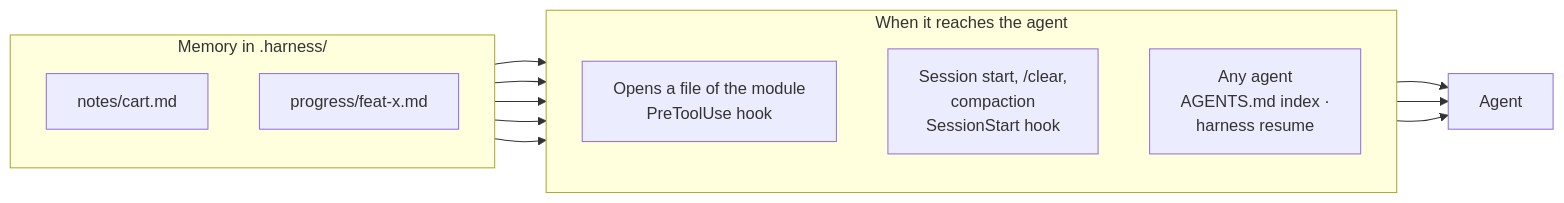
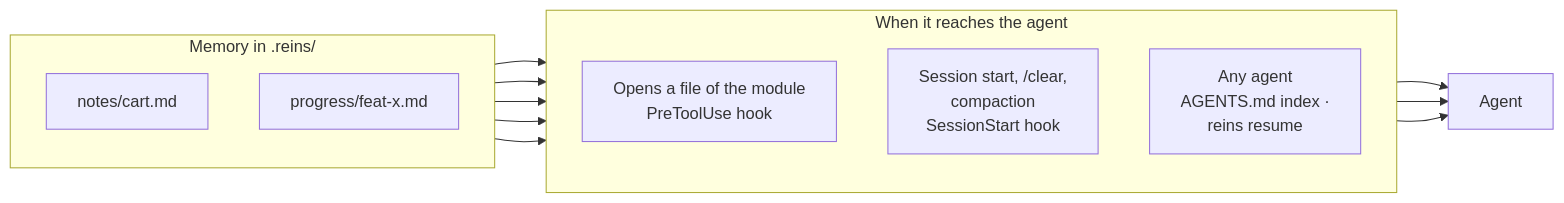
Before and after one commit to fredarcito/reins: the eighth of 15 diagrams in README.md, drawn with Mermaid. The commit also changed other lines of this file and 186 other files, not shown here.

````diff
--- a/README.md
+++ b/README.md
@@ -254,22 +254,22 @@
 ```mermaid
 flowchart LR
-    subgraph mem["Memory in .harness/"]
+    subgraph mem["Memory in .reins/"]
         direction TB
         note["notes/cart.md"]
         nb["progress/feat-x.md"]
     end
     subgraph when["When it reaches the agent"]
         direction TB
         open["Opens a file of the module<br/>PreToolUse hook"]
         start["Session start, /clear,<br/>compaction<br/>SessionStart hook"]
-        any["Any agent<br/>AGENTS.md index ·<br/>harness resume"]
+        any["Any agent<br/>AGENTS.md index ·<br/>reins resume"]
     end
     note --> open
     note --> start
     nb --> start
     note --> any
     nb --> any
     open --> agent["Agent"]
     start --> agent
     any --> agent
 ```
````
